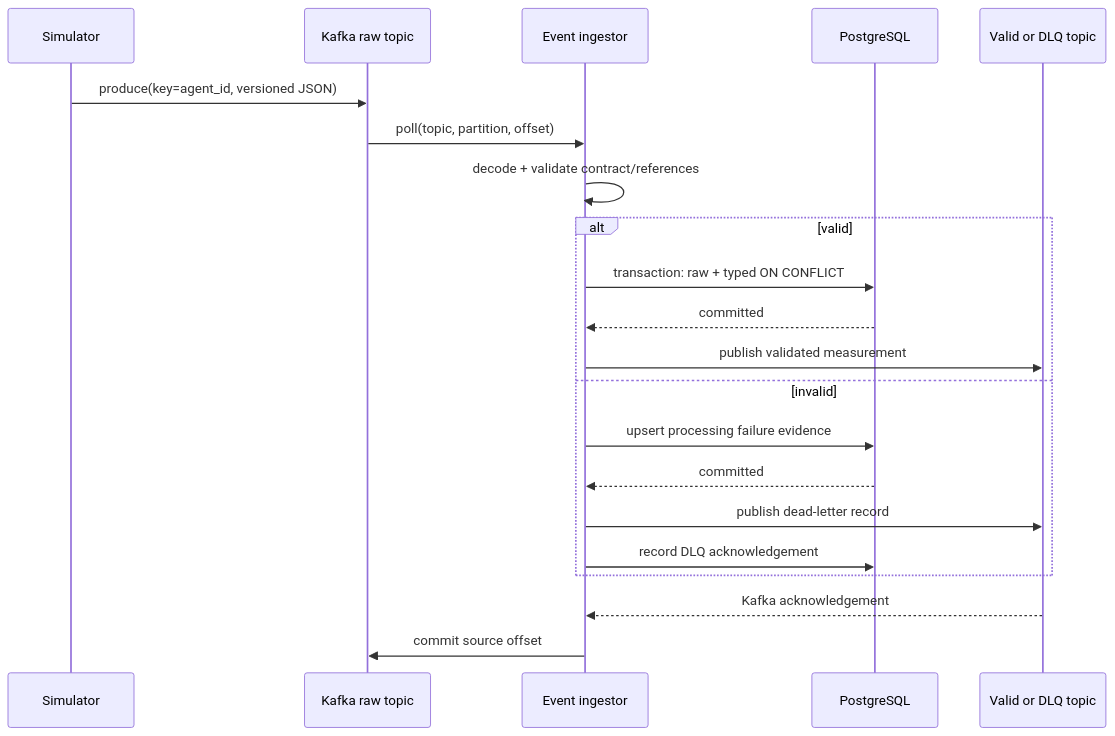
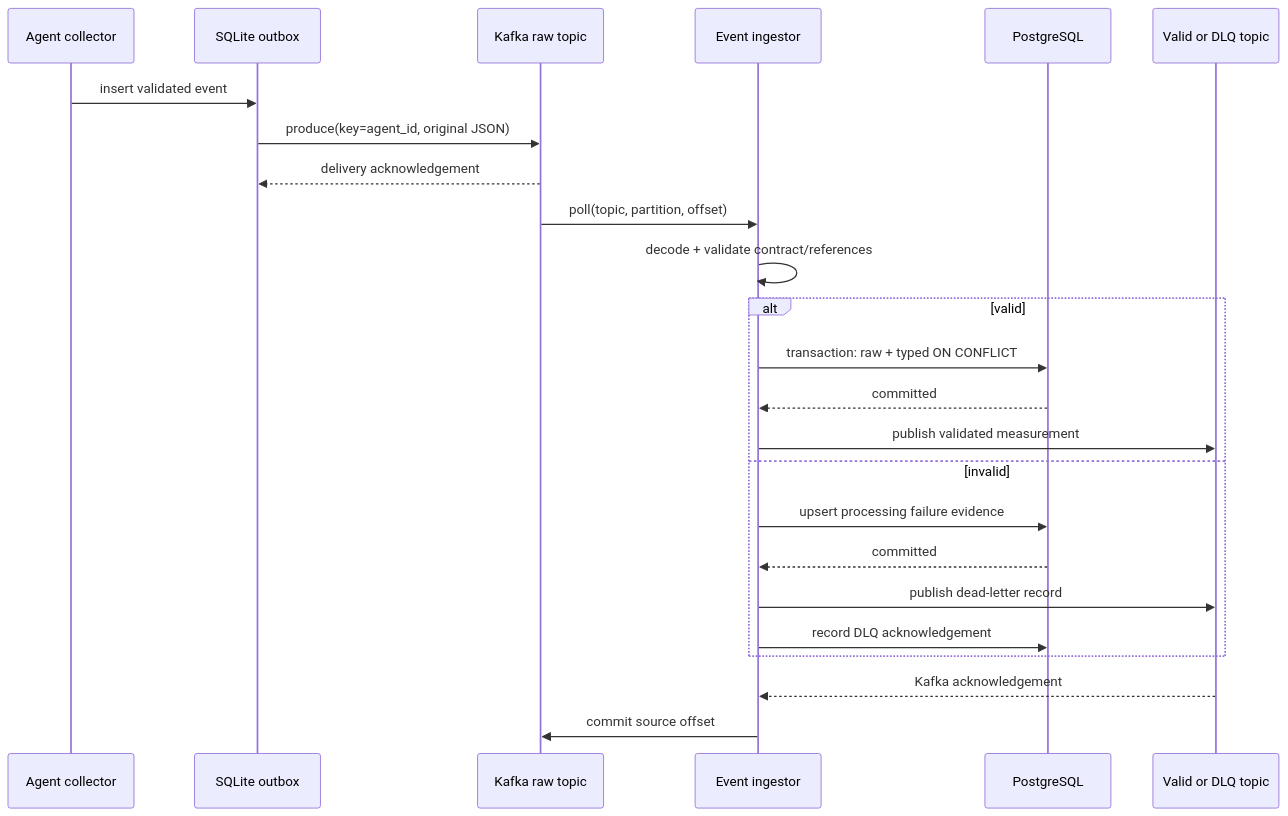
Before and after one commit to Jerry-Padilla/local-network-kafka-monitoring: the first of 2 diagrams in docs/architecture.md, drawn with Mermaid. The commit also changed other lines of this file and 63 other files, not shown here.

````diff
--- a/docs/architecture.md
+++ b/docs/architecture.md
@@ -15,24 +18,27 @@
 ```mermaid
 sequenceDiagram
-    participant S as Simulator
+    participant A as Agent collector
+    participant Q as SQLite outbox
     participant K as Kafka raw topic
     participant I as Event ingestor
     participant P as PostgreSQL
     participant O as Valid or DLQ topic
 
-    S->>K: produce(key=agent_id, versioned JSON)
+    A->>Q: insert validated event
+    Q->>K: produce(key=agent_id, original JSON)
+    K-->>Q: delivery acknowledgement
     K->>I: poll(topic, partition, offset)
     I->>I: decode + validate contract/references
     alt valid
         I->>P: transaction: raw + typed ON CONFLICT
         P-->>I: committed
         I->>O: publish validated measurement
     else invalid
         I->>P: upsert processing failure evidence
         P-->>I: committed
         I->>O: publish dead-letter record
         I->>P: record DLQ acknowledgement
     end
     O-->>I: Kafka acknowledgement
     I->>K: commit source offset
 ```
````
